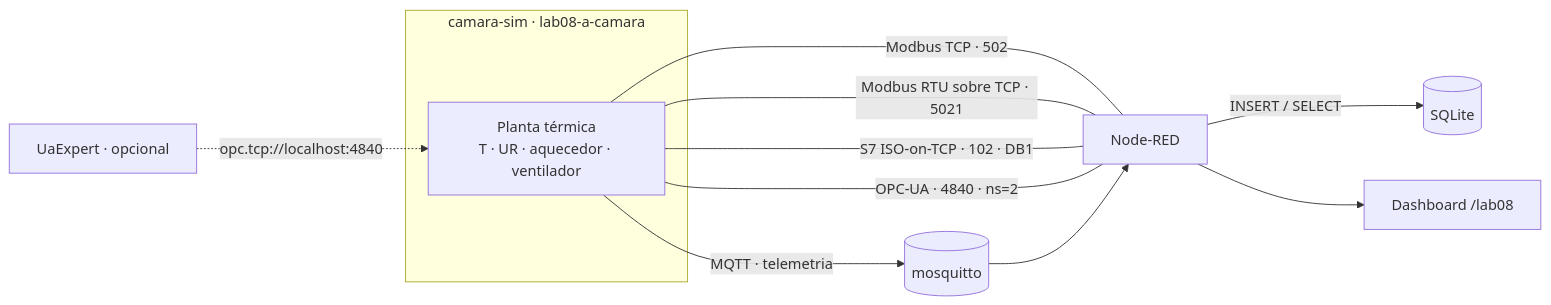
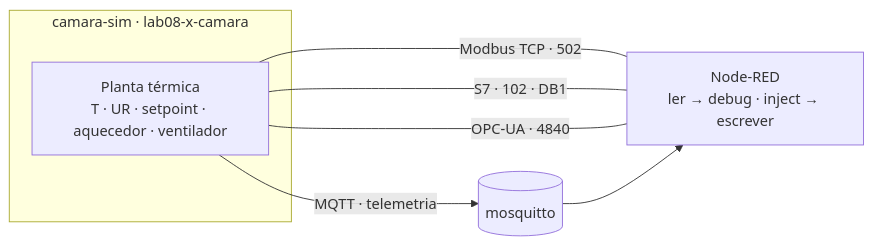
Before and after one commit to ruseleredu/iiot-docs: the first of 5 diagrams in labs-docs/LAB08.mdx, drawn with Mermaid. The commit also changed other lines of this file, not shown here.

First line of the commit message:
Refocus Lab 08 on protocol basics

````diff
--- a/labs-docs/LAB08.mdx
+++ b/labs-docs/LAB08.mdx
@@ -41,14 +41,10 @@
 ```mermaid
 flowchart LR
-  subgraph SIM["camara-sim · lab08-a-camara"]
-    PL[Planta térmica<br/>T · UR · aquecedor · ventilador]
+  subgraph SIM["camara-sim · lab08-x-camara"]
+    PL[Planta térmica<br/>T · UR · setpoint · aquecedor · ventilador]
   end
-  PL ---|Modbus TCP · 502| NR
-  PL ---|Modbus RTU sobre TCP · 5021| NR
-  PL ---|S7 ISO-on-TCP · 102 · DB1| NR
-  PL ---|OPC-UA · 4840 · ns=2| NR
-  PL -->|MQTT · telemetria| BRK[(mosquitto)] --> NR[Node-RED]
-  NR -->|INSERT / SELECT| DB[(SQLite)]
-  NR --> DSH[Dashboard /lab08]
-  UA[UaExpert · opcional] -.->|opc.tcp://localhost:4840| PL
+  PL ---|Modbus TCP · 502| NR[Node-RED<br/>ler → debug · inject → escrever]
+  PL ---|S7 · 102 · DB1| NR
+  PL ---|OPC-UA · 4840| NR
+  PL -->|MQTT · telemetria| BRK[(mosquitto)] --> NR
 ```
````
